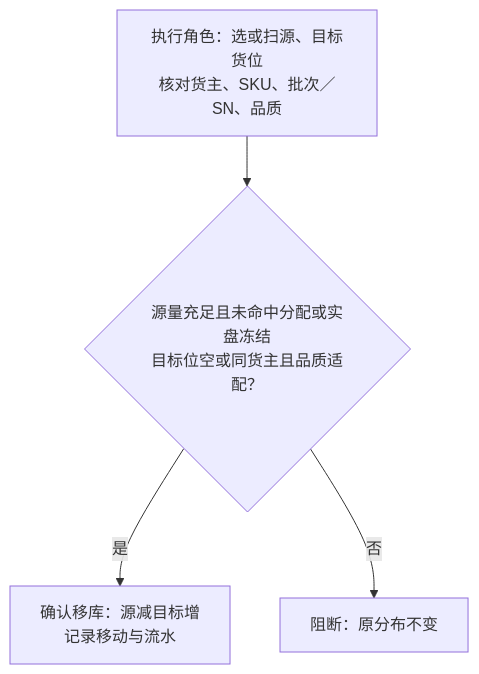
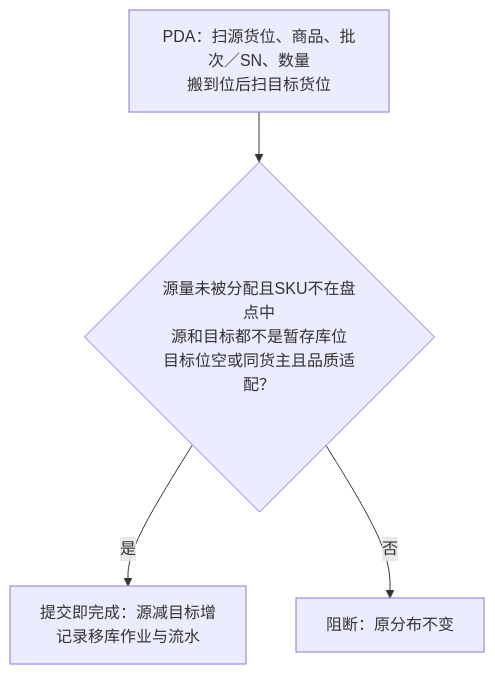
One commit to TopVitamin/QS-WMS-Project changed the fifth of 6 diagrams in 05-应用设计方案/20261002-MVP版本/系统架构设计/01-系统流程与单据交互.md. Above: the diagram before and after it, drawn with Mermaid. The commit also changed other lines of this file and 174 other files, not shown here.

````diff
--- a/05-应用设计方案/20261002-MVP版本/系统架构设计/01-系统流程与单据交互.md
+++ b/05-应用设计方案/20261002-MVP版本/系统架构设计/01-系统流程与单据交互.md
@@ -255,6 +253,6 @@
 ```mermaid
 flowchart TB
-    A[执行角色：选或扫源、目标货位<br/>核对货主、SKU、批次／SN、品质] --> B{源量充足且未命中分配或实盘冻结<br/>目标位空或同货主且品质适配？}
-    B -->|是| C[确认移库：源减目标增<br/>记录移动与流水]
+    A[PDA：扫源货位、商品、批次／SN、数量<br/>搬到位后扫目标货位] --> B{源量未被分配且SKU不在盘点中<br/>源和目标都不是暂存库位<br/>目标位空或同货主且品质适配？}
+    B -->|是| C[提交即完成：源减目标增<br/>记录移库作业与流水]
     B -->|否| X[阻断：原分布不变]
 ```
````
